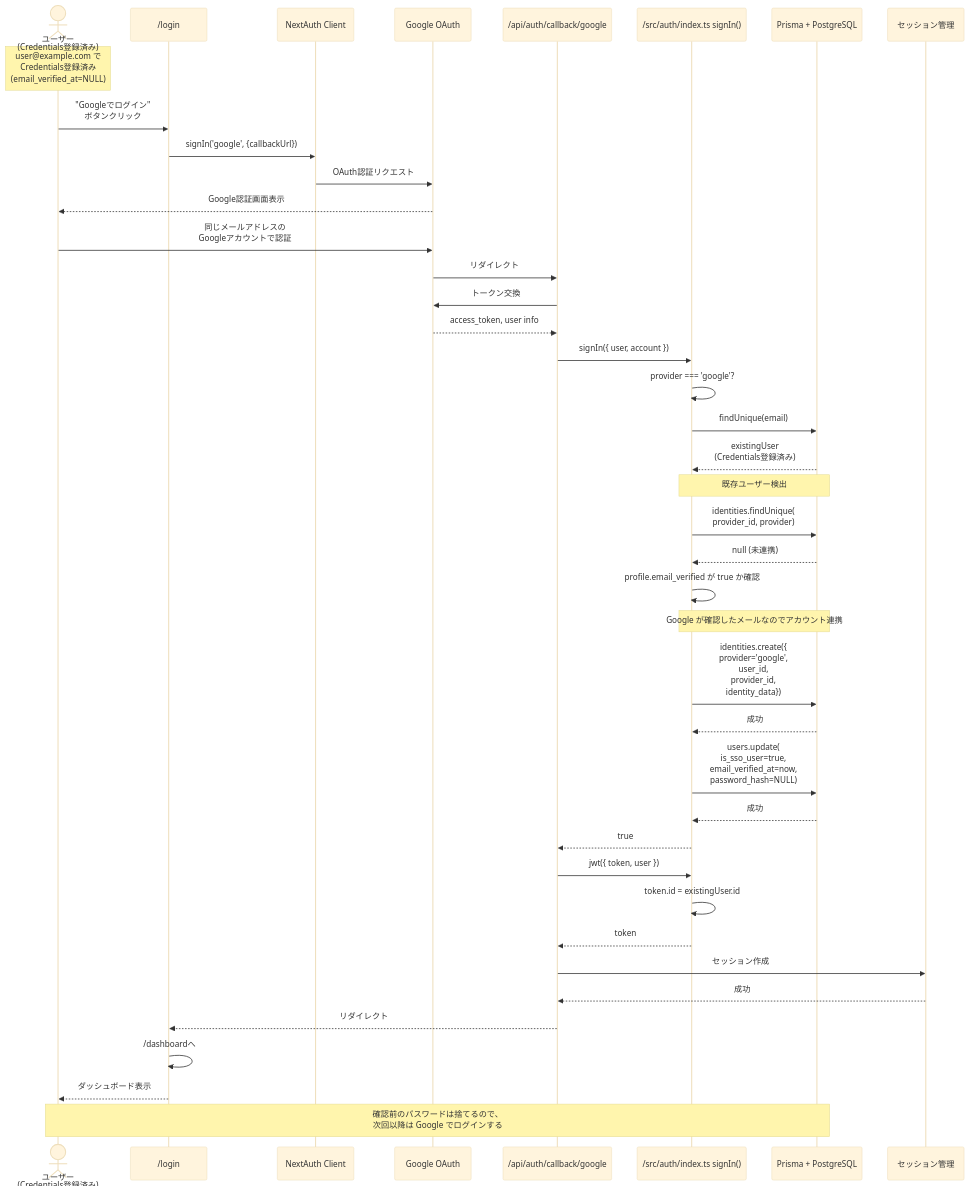
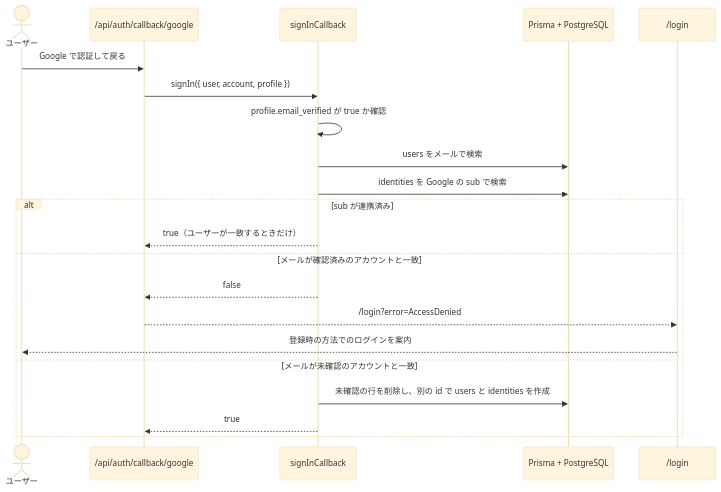
The fifth of 11 diagrams in docs/reference/authentication-diagrams.md (kazumadev619-dev/FishingConditionsApp), drawn with Mermaid (base theme) before and after one commit. The commit also changed other lines of this file and 26 other files, not shown here.

````diff
--- a/docs/reference/authentication-diagrams.md
+++ b/docs/reference/authentication-diagrams.md
@@ -247,55 +248,25 @@
 ```mermaid
 sequenceDiagram
-    actor User as ユーザー<br/>(Credentials登録済み)
-    participant UI as /login
-    participant NextAuth as NextAuth Client
-    participant Google as Google OAuth
+    actor User as ユーザー
     participant Callback as /api/auth/callback/google
-    participant AuthTS as /src/auth/index.ts signIn()
+    participant AuthTS as signInCallback
     participant DB as Prisma + PostgreSQL
-    participant Session as セッション管理
+    participant Login as /login
 
-    Note over User: user@example.com で<br/>Credentials登録済み<br/>(email_verified_at=NULL)
+    User->>Callback: Google で認証して戻る
+    Callback->>AuthTS: signIn({ user, account, profile })
+    AuthTS->>AuthTS: profile.email_verified が true か確認
+    AuthTS->>DB: users をメールで検索
+    AuthTS->>DB: identities を Google の sub で検索
 
-    User->>UI: "Googleでログイン"<br/>ボタンクリック
-    UI->>NextAuth: signIn('google', {callbackUrl})
-    NextAuth->>Google: OAuth認証リクエスト
-
-    Google-->>User: Google認証画面表示
-    User->>Google: 同じメールアドレスの<br/>Googleアカウントで認証
-    Google->>Callback: リダイレクト
-    Callback->>Google: トークン交換
-    Google-->>Callback: access_token, user info
-
-    Callback->>AuthTS: signIn({ user, account })
-    AuthTS->>AuthTS: provider === 'google'?
-    AuthTS->>DB: findUnique(email)
-    DB-->>AuthTS: existingUser<br/>(Credentials登録済み)
-
-    Note over AuthTS,DB: 既存ユーザー検出
-    AuthTS->>DB: identities.findUnique(<br/>provider_id, provider)
-    DB-->>AuthTS: null (未連携)
-
-    AuthTS->>AuthTS: profile.email_verified が true か確認
-
-    Note over AuthTS,DB: Google が確認したメールなのでアカウント連携
-    AuthTS->>DB: identities.create({<br/>provider='google',<br/>user_id,<br/>provider_id,<br/>identity_data})
-    DB-->>AuthTS: 成功
-
-    AuthTS->>DB: users.update(<br/>is_sso_user=true,<br/>email_verified_at=now,<br/>password_hash=NULL)
-    DB-->>AuthTS: 成功
-
-    AuthTS-->>Callback: true
-    Callback->>AuthTS: jwt({ token, user })
-    AuthTS->>AuthTS: token.id = existingUser.id
-    AuthTS-->>Callback: token
-
-    Callback->>Session: セッション作成
-    Session-->>Callback: 成功
-
-    Callback-->>UI: リダイレクト
-    UI->>UI: /dashboardへ
-    UI-->>User: ダッシュボード表示
-
-    Note over User,DB: 確認前のパスワードは捨てるので、<br/>次回以降は Google でログインする
+    alt sub が連携済み
+        AuthTS-->>Callback: true（ユーザーが一致するときだけ）
+    else メールが確認済みのアカウントと一致
+        AuthTS-->>Callback: false
+        Callback-->>Login: /login?error=AccessDenied
+        Login-->>User: 登録時の方法でのログインを案内
+    else メールが未確認のアカウントと一致
+        AuthTS->>DB: 未確認の行を削除し、別の id で users と identities を作成
+        AuthTS-->>Callback: true
+    end
 ```
````
